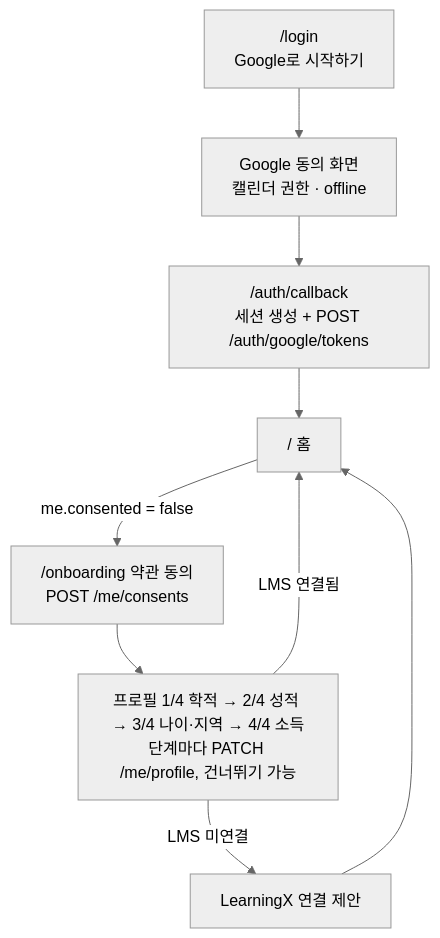
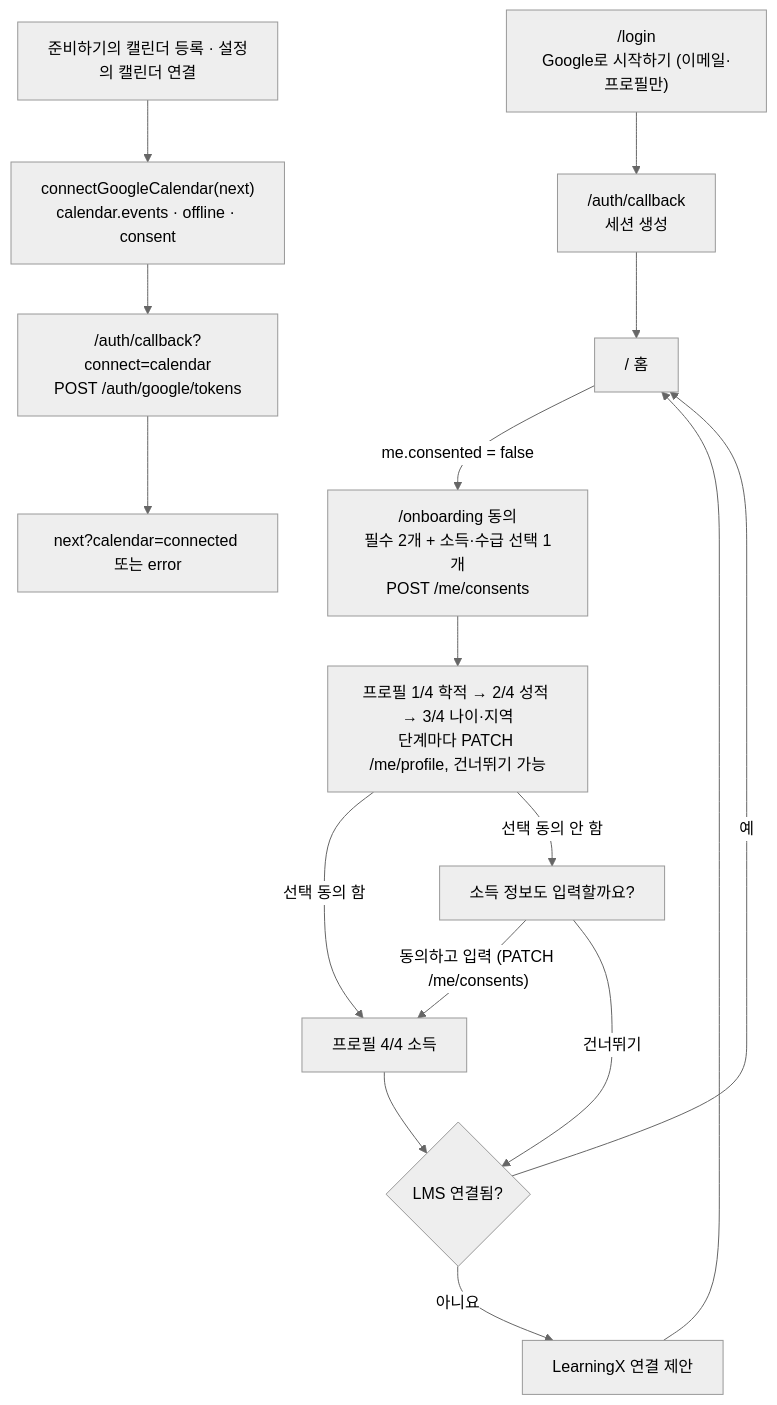
Before and after one commit to Happy623623/Unipivot: the diagram in docs/온보딩_구현.md, drawn with Mermaid (neutral theme). The commit also changed other lines of this file and 2 other files, not shown here.

````diff
--- a/docs/온보딩_구현.md
+++ b/docs/온보딩_구현.md
@@ -11,11 +50,18 @@
 ```mermaid
 flowchart TD
-    A["/login<br>Google로 시작하기"] --> B["Google 동의 화면<br>캘린더 권한 · offline"]
-    B --> C["/auth/callback<br>세션 생성 + POST /auth/google/tokens"]
+    A["/login<br>Google로 시작하기 (이메일·프로필만)"] --> C["/auth/callback<br>세션 생성"]
     C --> D["/ 홈"]
-    D -->|"me.consented = false"| E["/onboarding 약관 동의<br>POST /me/consents"]
-    E --> F["프로필 1/4 학적 → 2/4 성적 → 3/4 나이·지역 → 4/4 소득<br>단계마다 PATCH /me/profile, 건너뛰기 가능"]
-    F -->|"LMS 미연결"| G["LearningX 연결 제안"]
-    F -->|"LMS 연결됨"| D
+    D -->|"me.consented = false"| E["/onboarding 동의<br>필수 2개 + 소득·수급 선택 1개<br>POST /me/consents"]
+    E --> F["프로필 1/4 학적 → 2/4 성적 → 3/4 나이·지역<br>단계마다 PATCH /me/profile, 건너뛰기 가능"]
+    F -->|"선택 동의 함"| H["프로필 4/4 소득"]
+    F -->|"선택 동의 안 함"| I["소득 정보도 입력할까요?"]
+    I -->|"동의하고 입력 (PATCH /me/consents)"| H
+    I -->|"건너뛰기"| J{"LMS 연결됨?"}
+    H --> J
+    J -->|"아니요"| G["LearningX 연결 제안"]
+    J -->|"예"| D
     G --> D
+    K["준비하기의 캘린더 등록 · 설정의 캘린더 연결"] --> L["connectGoogleCalendar(next)<br>calendar.events · offline · consent"]
+    L --> M["/auth/callback?connect=calendar<br>POST /auth/google/tokens"]
+    M --> N["next?calendar=connected 또는 error"]
 ```
````
